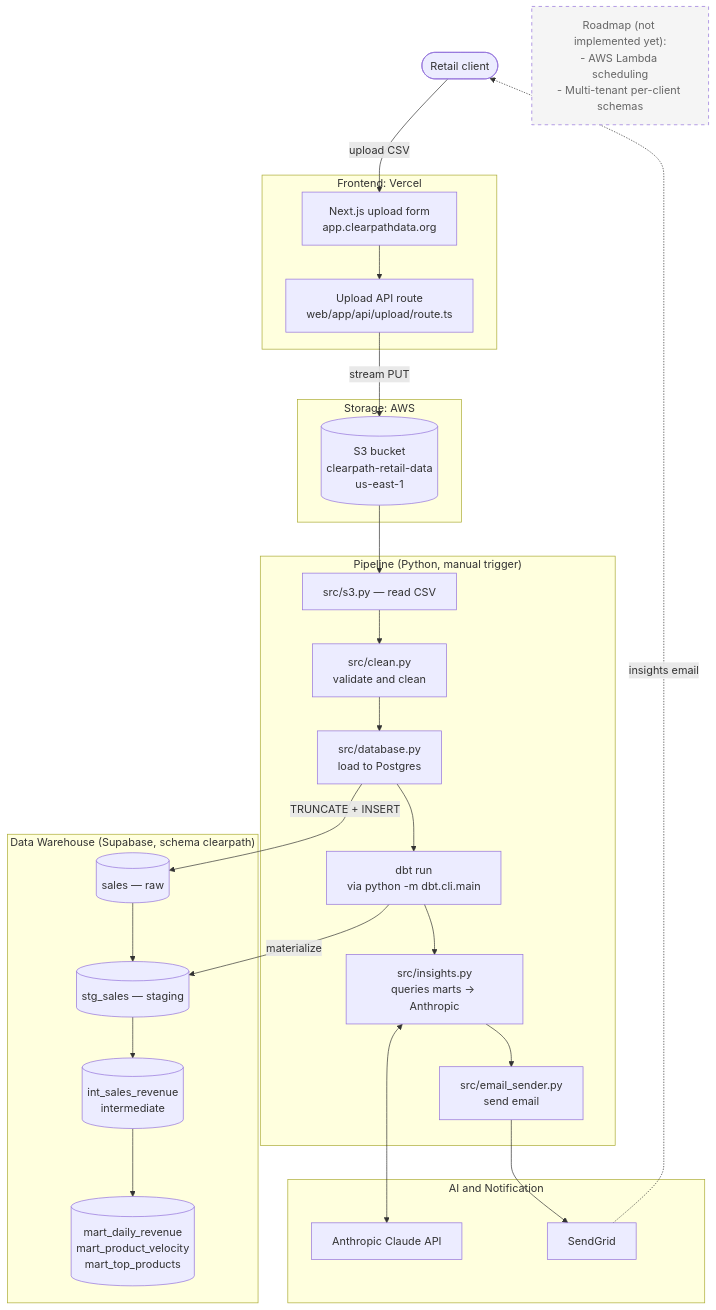
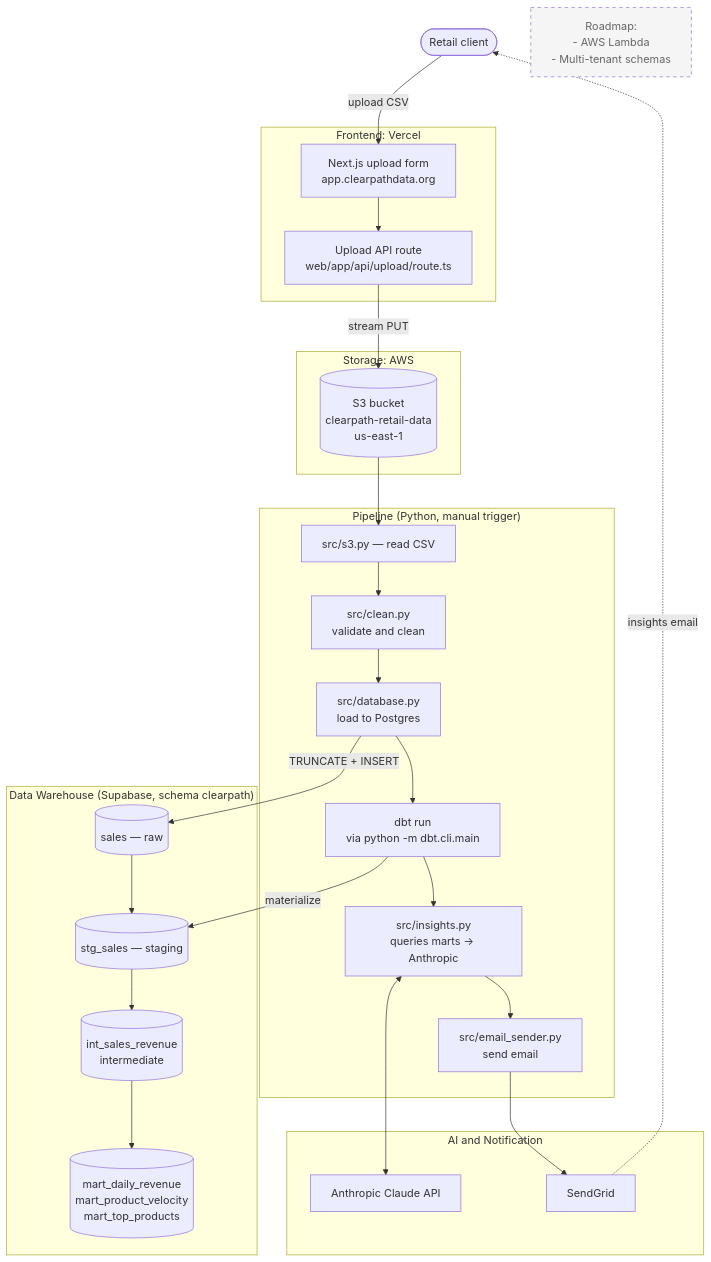
Before and after one commit to mccastanedap/clearpath: the diagram in README.md, drawn with Mermaid.

Commit message:
docs(readme): shorten Roadmap node text to prevent GitHub truncation
GitHub's narrower render column keeps truncating the Roadmap node
even after wrapping with <br/>. Shorten each line so it fits the
rendered width. The dashed border from the classDef already
communicates "not implemented yet" visually, so the explicit
phrasing is redundant. A standalone Roadmap section will be added
to the README in a follow-up with the full context.

````diff
--- a/README.md
+++ b/README.md
@@ -10,50 +10,50 @@
 ```mermaid
 flowchart TD
     Client(["Retail client"])
 
     subgraph FE["Frontend: Vercel"]
         UI["Next.js upload form<br/>app.clearpathdata.org"]
         API["Upload API route<br/>web/app/api/upload/route.ts"]
         UI --> API
     end
 
     subgraph AWS["Storage: AWS"]
         S3[("S3 bucket<br/>clearpath-retail-data<br/>us-east-1")]
     end
 
     subgraph PIPE["Pipeline (Python, manual trigger)"]
         S3R["src/s3.py — read CSV"]
         CL["src/clean.py<br/>validate and clean"]
         DB["src/database.py<br/>load to Postgres"]
         DBT["dbt run<br/>via python -m dbt.cli.main"]
         IN["src/insights.py<br/>queries marts → Anthropic"]
         EM["src/email_sender.py<br/>send email"]
         S3R --> CL --> DB --> DBT --> IN --> EM
     end
 
     subgraph DW["Data Warehouse (Supabase, schema clearpath)"]
         RAW[("sales — raw")]
         STG[("stg_sales — staging")]
         INT[("int_sales_revenue<br/>intermediate")]
         MRT[("mart_daily_revenue<br/>mart_product_velocity<br/>mart_top_products")]
         RAW --> STG --> INT --> MRT
     end
 
     subgraph EXT["AI and Notification"]
         ANT["Anthropic Claude API"]
         SG["SendGrid"]
     end
 
     Client -- "upload CSV" --> UI
     API -- "stream PUT" --> S3
     S3 --> S3R
     DB -- "TRUNCATE + INSERT" --> RAW
     DBT -- "materialize" --> STG
     IN <--> ANT
     EM --> SG
     SG -. "insights email" .-> Client
 
-    ROADMAP["Roadmap (not implemented yet):<br/>- AWS Lambda scheduling<br/>- Multi-tenant per-client schemas"]:::roadmap
+    ROADMAP["Roadmap:<br/>- AWS Lambda<br/>- Multi-tenant schemas"]:::roadmap
 
     classDef roadmap stroke-dasharray: 5 5,fill:#f5f5f5,color:#666
 ```
````
